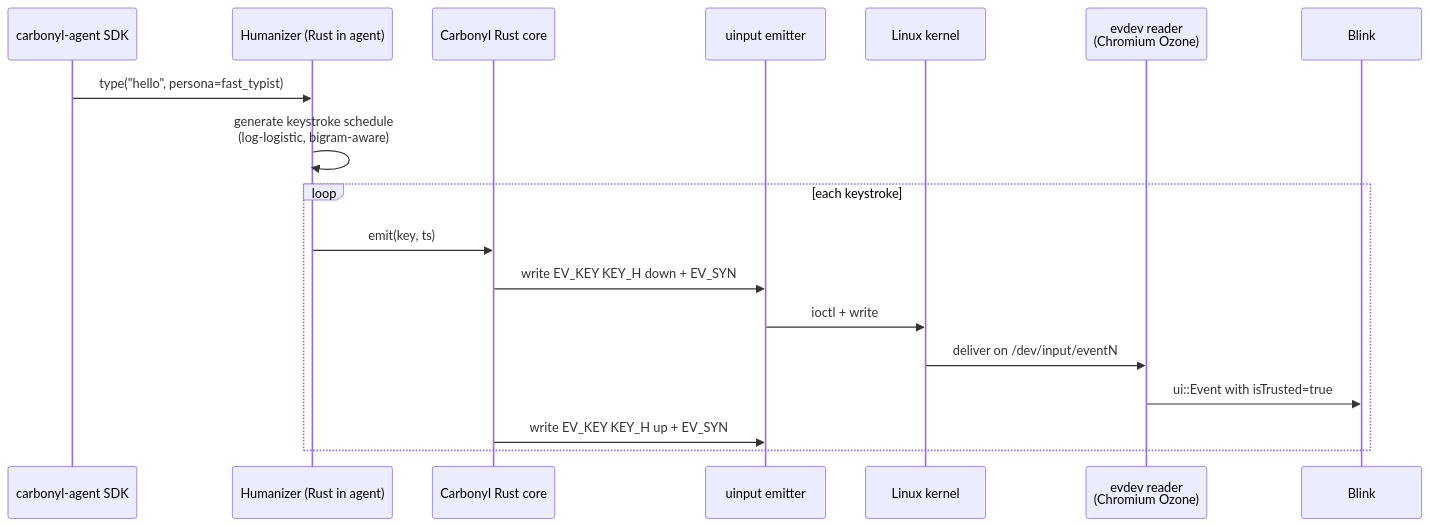
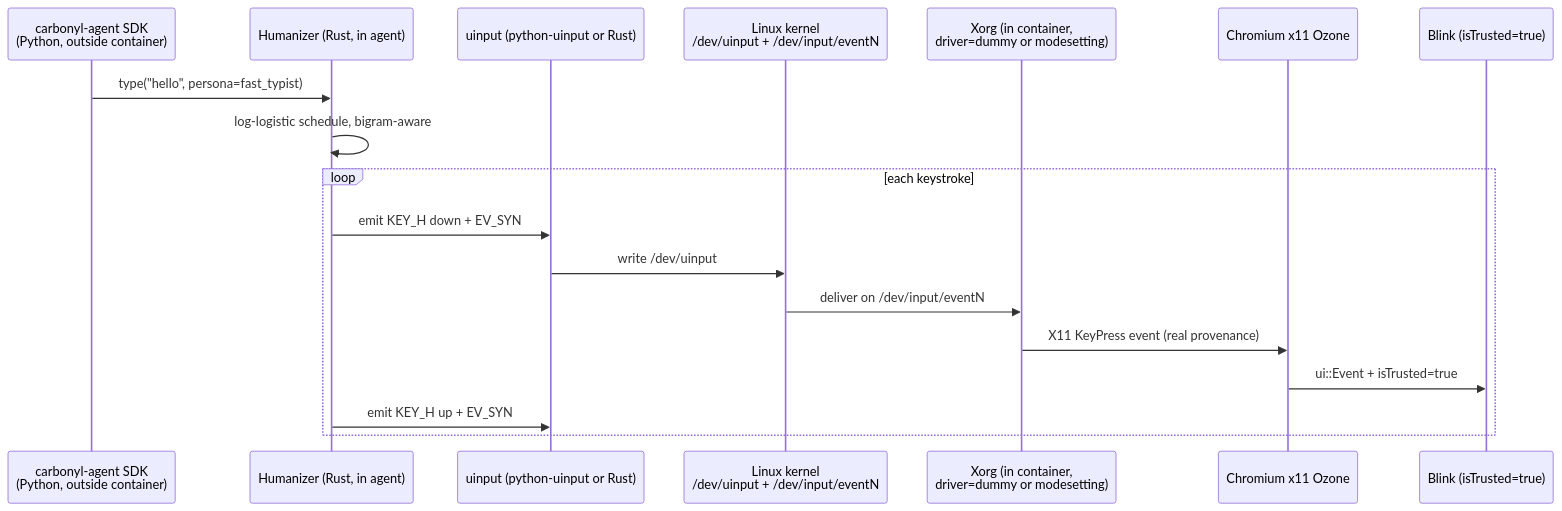
One commit to jmagly/carbonyl changed the third of 5 diagrams in .aiwg/working/trusted-automation/02-architecture.md. Above: the diagram before and after it, drawn with Mermaid. The commit also changed other lines of this file and 6 other files, not shown here.

````diff
--- a/.aiwg/working/trusted-automation/02-architecture.md
+++ b/.aiwg/working/trusted-automation/02-architecture.md
@@ -75,21 +75,21 @@
 ```mermaid
 sequenceDiagram
-    participant A as carbonyl-agent SDK
-    participant H as Humanizer (Rust in agent)
-    participant C as Carbonyl Rust core
-    participant U as uinput emitter
-    participant K as Linux kernel
-    participant E as evdev reader<br/>(Chromium Ozone)
-    participant B as Blink
+    participant A as carbonyl-agent SDK<br/>(Python, outside container)
+    participant H as Humanizer (Rust, in agent)
+    participant U as uinput (python-uinput or Rust)
+    participant K as Linux kernel<br/>/dev/uinput + /dev/input/eventN
+    participant X as Xorg (in container,<br/>driver=dummy or modesetting)
+    participant O as Chromium x11 Ozone
+    participant B as Blink (isTrusted=true)
 
     A->>H: type("hello", persona=fast_typist)
-    H->>H: generate keystroke schedule<br/>(log-logistic, bigram-aware)
+    H->>H: log-logistic schedule, bigram-aware
     loop each keystroke
-        H->>C: emit(key, ts)
-        C->>U: write EV_KEY KEY_H down + EV_SYN
-        U->>K: ioctl + write
-        K->>E: deliver on /dev/input/eventN
-        E->>B: ui::Event with isTrusted=true
-        C->>U: write EV_KEY KEY_H up + EV_SYN
+        H->>U: emit KEY_H down + EV_SYN
+        U->>K: write /dev/uinput
+        K->>X: deliver on /dev/input/eventN
+        X->>O: X11 KeyPress event (real provenance)
+        O->>B: ui::Event + isTrusted=true
+        H->>U: emit KEY_H up + EV_SYN
     end
 ```
````
